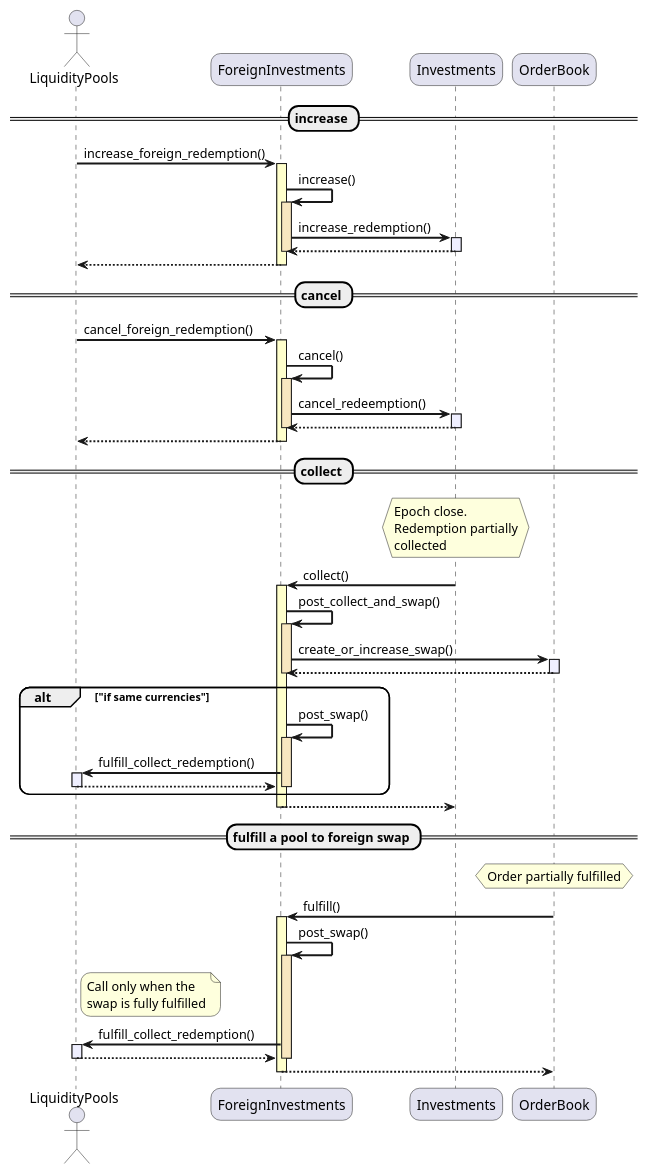
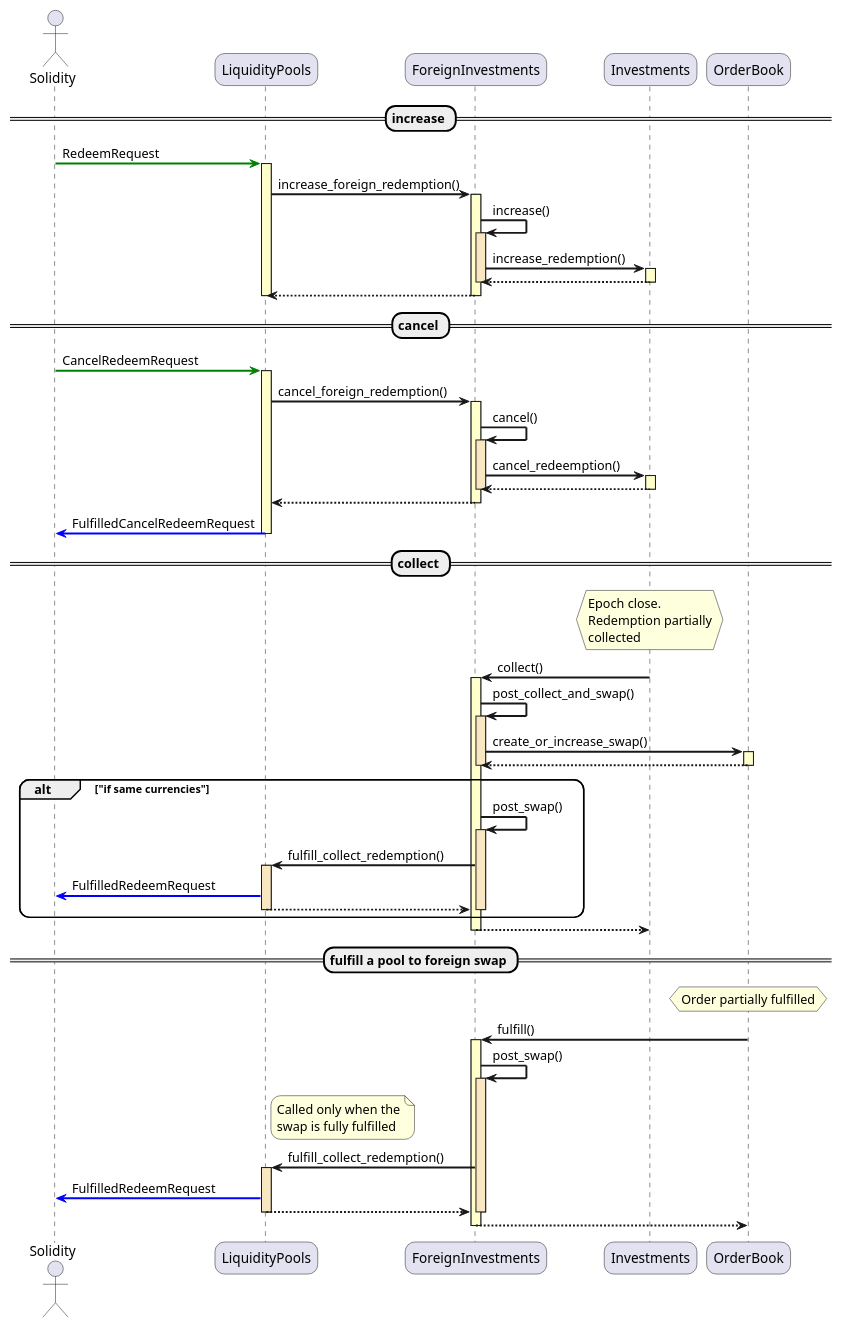
Before and after one commit to centrifuge/centrifuge-chain: the third of 3 diagrams in pallets/foreign-investments/docs/sequences.md, drawn with PlantUML. The commit also changed other lines of this file, not shown here.

Commit message:
add messages to diagram

````diff
--- a/pallets/foreign-investments/docs/sequences.md
+++ b/pallets/foreign-investments/docs/sequences.md
@@ -133,60 +146,73 @@
 ```plantuml
 @startuml
 skinparam sequenceArrowThickness 2
 skinparam roundcorner 20
+skinparam sequence {
+  LifeLineBackgroundColor #Business
+}
 
-actor LiquidityPools as LP
+actor Solidity
+participant LiquidityPools as LP
 participant ForeignInvestments as FI
 participant Investments
 participant OrderBook
 
 == increase ==
-LP -> FI ++ #Business : increase_foreign_redemption()
+Solidity -[#Green]> LP : RedeemRequest
+activate LP
+LP -> FI ++ : increase_foreign_redemption()
 FI -> FI : increase()
 activate FI #Strategy
-FI -> Investments ++ #Motivation : increase_redemption()
+FI -> Investments ++ : increase_redemption()
 FI <-- Investments --
 deactivate FI
 LP <-- FI --
+deactivate LP
 
 == cancel ==
-LP -> FI ++ #Business : cancel_foreign_redemption()
+Solidity -[#Green]> LP : CancelRedeemRequest
+activate LP
+LP -> FI ++ : cancel_foreign_redemption()
 FI -> FI : cancel()
 activate FI #Strategy
-FI -> Investments ++ #Motivation : cancel_redeemption()
+FI -> Investments ++ : cancel_redeemption()
 FI <-- Investments --
 deactivate FI
 LP <-- FI --
+Solidity <[#Blue]- LP : FulfilledCancelRedeemRequest
+deactivate LP
 
 == collect ==
 hnote over Investments : Epoch close.\nRedemption partially\ncollected
-FI <- Investments ++ #Business : collect()
+FI <- Investments ++ : collect()
 FI -> FI : post_collect_and_swap()
 activate FI #Strategy
-FI -> OrderBook ++ #Motivation : create_or_increase_swap()
+FI -> OrderBook ++ : create_or_increase_swap()
 FI <-- OrderBook --
 deactivate FI
 
 alt "if same currencies"
     FI -> FI : post_swap()
     activate FI #Strategy
-    LP <- FI ++ #Motivation : fulfill_collect_redemption()
+    LP <- FI ++ #Strategy : fulfill_collect_redemption()
+    Solidity <[#Blue]- LP : FulfilledRedeemRequest
     LP --> FI --
     deactivate FI
 end
 
 FI --> Investments --
 
 == fulfill a pool to foreign swap ==
 hnote over OrderBook : Order partially fulfilled
-FI <- OrderBook ++ #Business : fulfill()
+FI <- OrderBook ++ : fulfill()
 FI -> FI : post_swap()
 activate FI #Strategy
-note right of LP : Call only when the\nswap is fully fulfilled
-LP <- FI ++ #Motivation : fulfill_collect_redemption()
+note right of LP : Called only when the\nswap is fully fulfilled
+LP <- FI ++ #Strategy : fulfill_collect_redemption()
+Solidity <[#Blue]- LP : FulfilledRedeemRequest
 LP --> FI --
 deactivate FI
 FI --> OrderBook --
 
 @enduml
 ```
````
